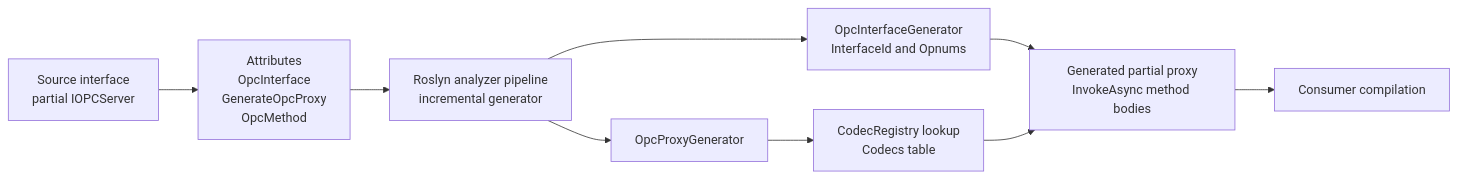
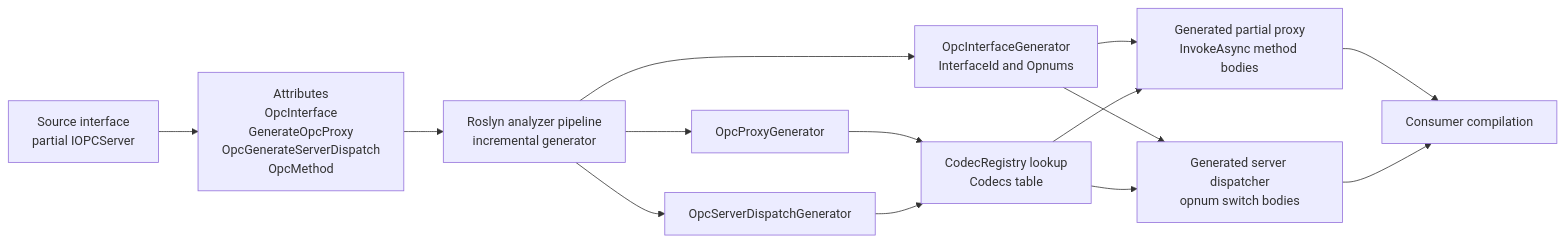
Before and after one commit to marcschier/opc-classic: the diagram in docs/diagrams/08-source-generator-pipeline.md, drawn with Mermaid. The commit also changed other lines of this file and 9 other files, not shown here.

Commit message:
Docs: rewrite diagrams/ as current-state (no transitional Dcom narrative)

````diff
--- a/docs/diagrams/08-source-generator-pipeline.md
+++ b/docs/diagrams/08-source-generator-pipeline.md
@@ -9,20 +9,27 @@
 ```mermaid
 flowchart LR
     Source["Source interface<br/>partial IOPCServer"]
-    Attributes["Attributes<br/>OpcInterface<br/>GenerateOpcProxy<br/>OpcMethod"]
+    Attributes["Attributes<br/>OpcInterface<br/>GenerateOpcProxy<br/>OpcGenerateServerDispatch<br/>OpcMethod"]
     Roslyn["Roslyn analyzer pipeline<br/>incremental generator"]
     InterfaceGen["OpcInterfaceGenerator<br/>InterfaceId and Opnums"]
     ProxyGen["OpcProxyGenerator"]
+    DispatchGen["OpcServerDispatchGenerator"]
     Registry["CodecRegistry lookup<br/>Codecs table"]
-    Body["Generated partial proxy<br/>InvokeAsync method bodies"]
+    ProxyBody["Generated partial proxy<br/>InvokeAsync method bodies"]
+    DispatchBody["Generated server dispatcher<br/>opnum switch bodies"]
     Compile["Consumer compilation"]
 
     Source --> Attributes
     Attributes --> Roslyn
     Roslyn --> InterfaceGen
     Roslyn --> ProxyGen
+    Roslyn --> DispatchGen
     ProxyGen --> Registry
-    InterfaceGen --> Body
-    Registry --> Body
-    Body --> Compile
+    DispatchGen --> Registry
+    InterfaceGen --> ProxyBody
+    InterfaceGen --> DispatchBody
+    Registry --> ProxyBody
+    Registry --> DispatchBody
+    ProxyBody --> Compile
+    DispatchBody --> Compile
 ```
````
